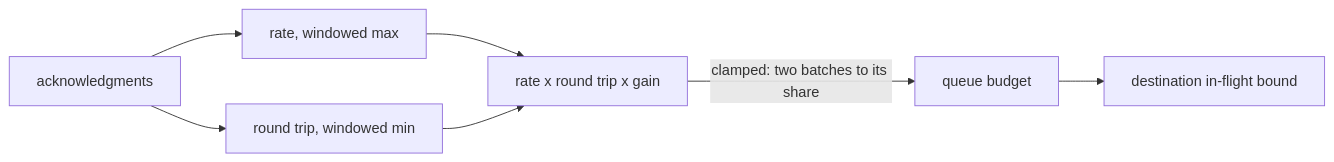
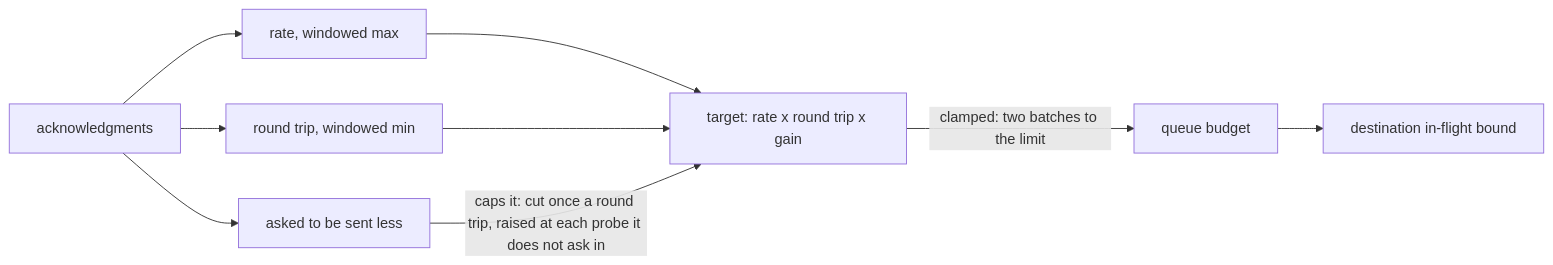
The second of 3 diagrams in docs/architecture/runtime-stages.md (smeltr-sh/smeltr), drawn with Mermaid before and after one commit. The commit also changed other lines of this file and 2 other files, not shown here.

First line of the commit message:
A destination that writes files is not paced

````diff
--- a/docs/architecture/runtime-stages.md
+++ b/docs/architecture/runtime-stages.md
@@ -137,9 +140,11 @@
 ```mermaid
 flowchart LR
   A[acknowledgments] --> R[rate, windowed max]
   A --> T[round trip, windowed min]
-  R --> X[rate x round trip x gain]
+  A --> S[asked to be sent less]
+  R --> X[target: rate x round trip x gain]
   T --> X
-  X -->|clamped: two batches to its share| B[queue budget]
+  S -->|caps it: cut once a round trip, raised at each probe it does not ask in| X
+  X -->|clamped: two batches to the limit| B[queue budget]
   B --> D[destination in-flight bound]
 ```
````
